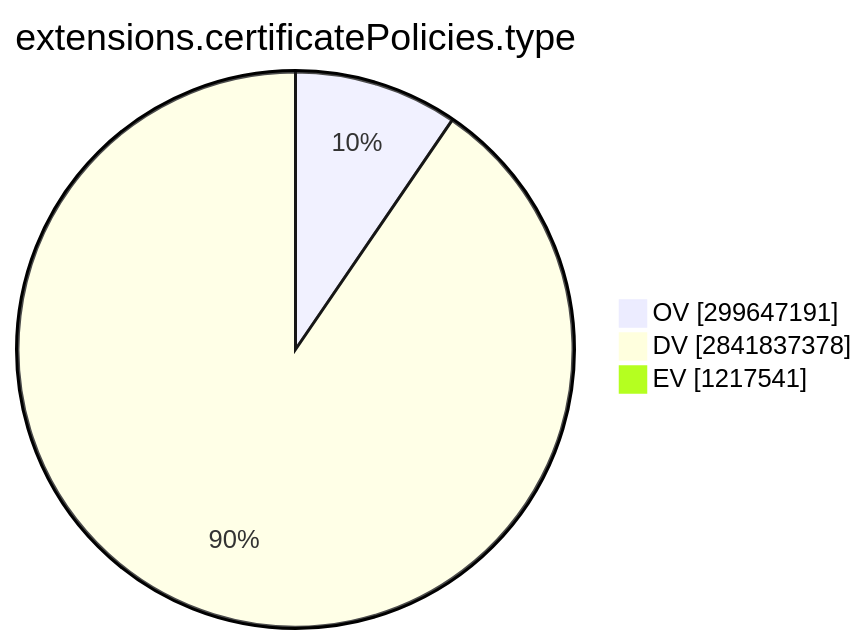
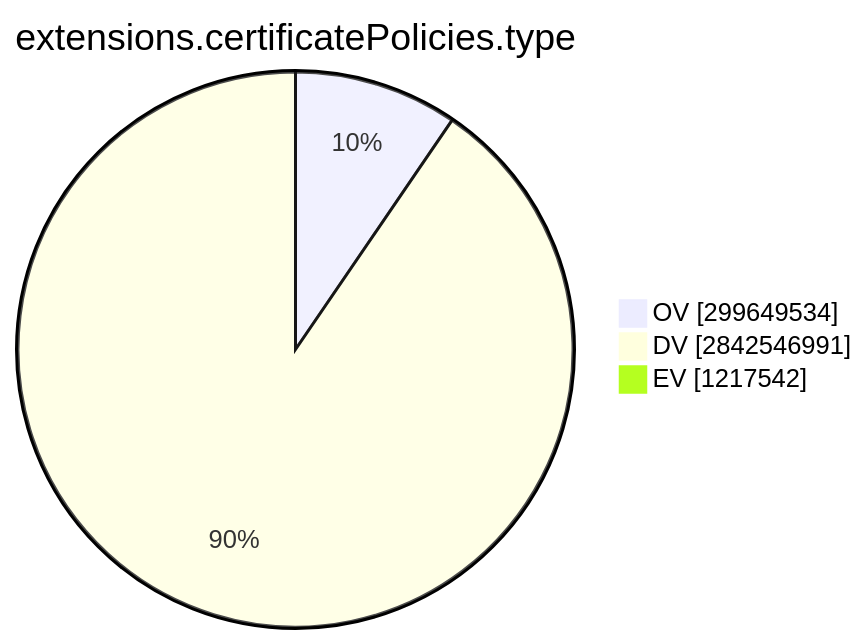
One commit to christiankrug/ctmonitor_visualization changed the ninth of 15 diagrams in TOTAL/README.md. Above: the diagram before and after it, drawn with Mermaid. The commit also changed other lines of this file, not shown here.

````diff
--- a/TOTAL/README.md
+++ b/TOTAL/README.md
@@ -3101,7 +3101,7 @@
 ```mermaid
 pie showData
 title extensions.certificatePolicies.type
-"OV" :299647191
-"DV" :2841837378
-"EV" :1217541
+"OV" :299649534
+"DV" :2842546991
+"EV" :1217542
 ```
````
